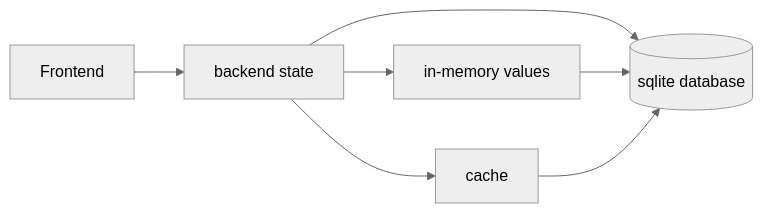
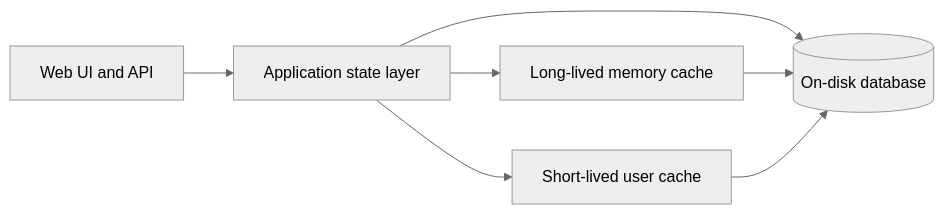
One commit to quantumx-apps/filebrowserDocs changed the diagram in content/en/docs/getting-started/v2/about.md. Above: the diagram before and after it, drawn with Mermaid (neutral theme). The commit also changed other lines of this file and 13 other files, not shown here.

````diff
--- a/content/en/docs/getting-started/v2/about.md
+++ b/content/en/docs/getting-started/v2/about.md
@@ -36,15 +68,15 @@
 ```mermaid
 flowchart LR
-    handlers[Frontend]
-    statePkg[backend state]
-    runtimeMaps[in-memory values]
-    ttlCache[cache]
-    sqlite[(sqlite database)]
+    ui[Web UI and API]
+    stateLayer[Application state layer]
+    runtimeMaps[Long-lived memory cache]
+    ttlCache[Short-lived user cache]
+    disk[(On-disk database)]
 
-    handlers --> statePkg
-    statePkg --> runtimeMaps
-    statePkg --> ttlCache
-    statePkg --> sqlite
-    runtimeMaps --> sqlite
-    ttlCache --> sqlite
+    ui --> stateLayer
+    stateLayer --> runtimeMaps
+    stateLayer --> ttlCache
+    stateLayer --> disk
+    runtimeMaps --> disk
+    ttlCache --> disk
 ```
````
